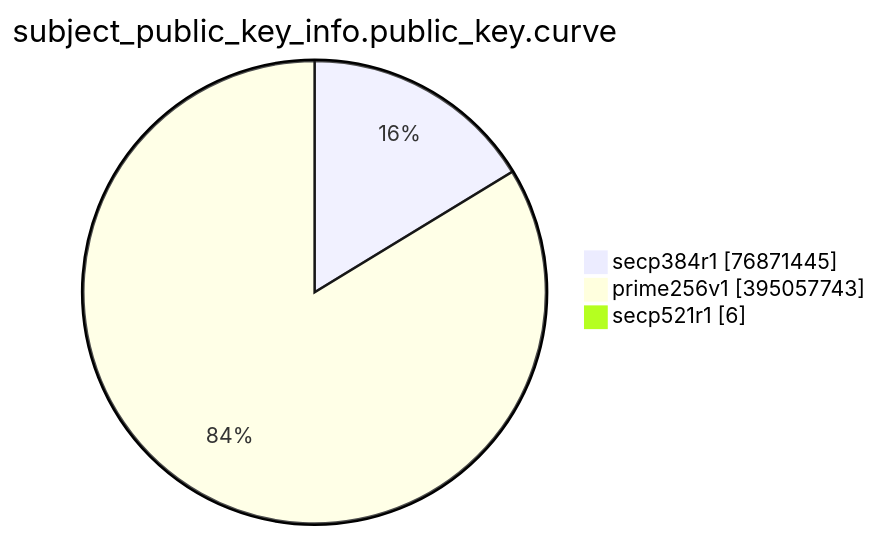
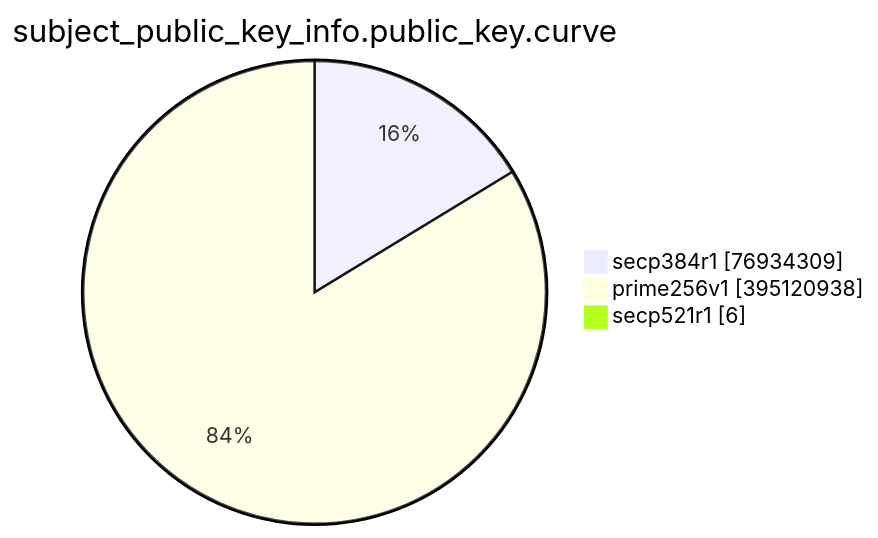
Before and after one commit to christiankrug/ctmonitor_visualization: the eighth of 15 diagrams in TOTAL/README.md, drawn with Mermaid. The commit also changed other lines of this file, not shown here.

````diff
--- a/TOTAL/README.md
+++ b/TOTAL/README.md
@@ -3094,7 +3094,7 @@
 ```mermaid
 pie showData
 title subject_public_key_info.public_key.curve
-"secp384r1" :76871445
-"prime256v1" :395057743
+"secp384r1" :76934309
+"prime256v1" :395120938
 "secp521r1" :6
 ```
````
